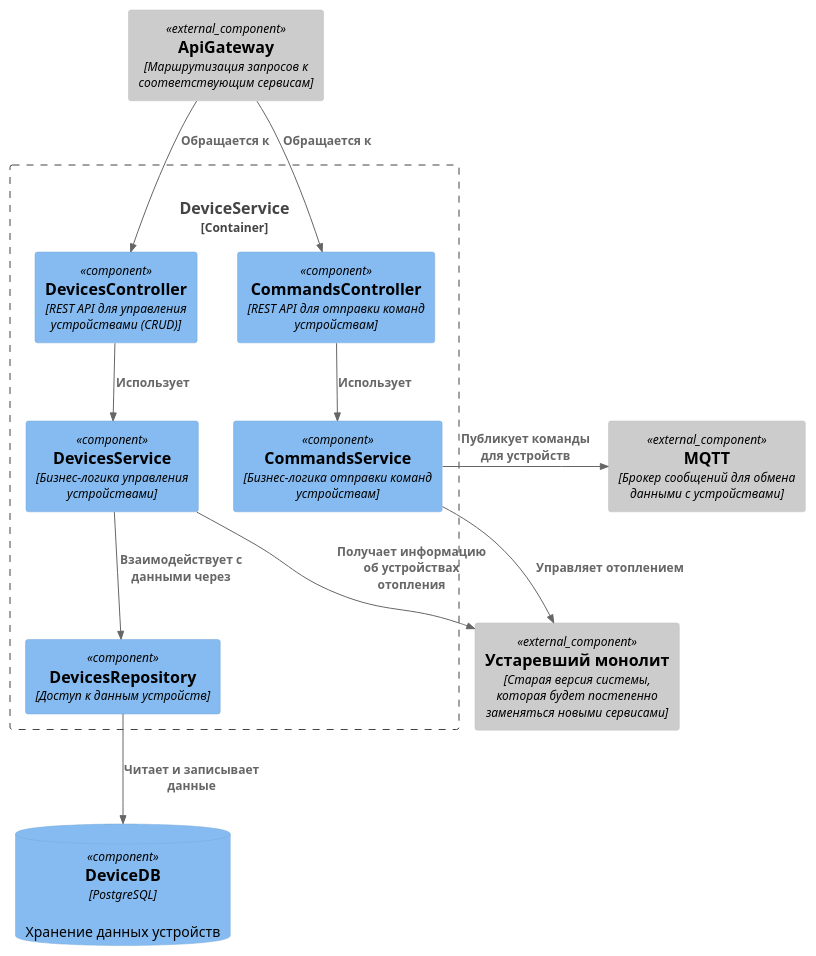
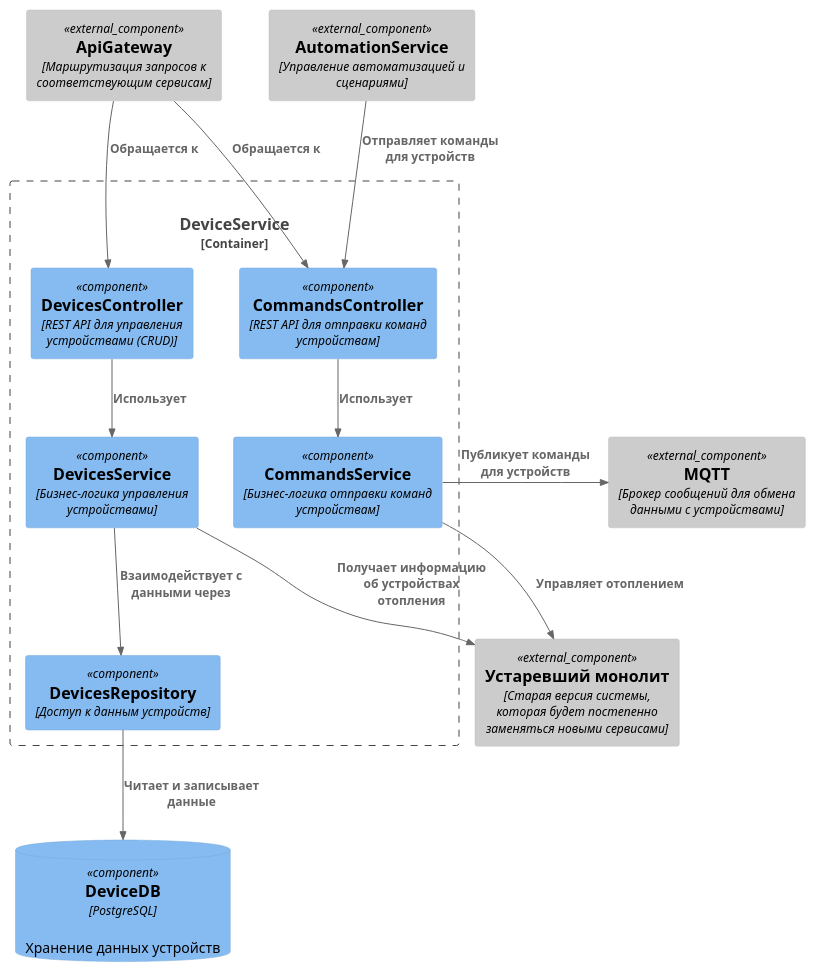
Before and after one commit to vsevolod-nikitin/yandex-practicum-architecture-pro-warmhouse: the diagram in schemas/to-be/DeviceService.puml, drawn with PlantUML. The commit also changed 4 other files, not shown here.

Commit message:
Диаграмма AutomationService

```diff
--- a/schemas/to-be/DeviceService.puml
+++ b/schemas/to-be/DeviceService.puml
@@ -1,32 +1,34 @@
 @startuml DeviceService
 !include https://raw.githubusercontent.com/plantuml-stdlib/C4-PlantUML/master/C4_Component.puml
 
 Component_Ext(gateway, "ApiGateway", "Маршрутизация запросов к соответствующим сервисам")
 Component_Ext(deprecatedMonolith, "Устаревший монолит", "Старая версия системы, которая будет постепенно заменяться новыми сервисами")
 Component_Ext(containerQueue, "MQTT", "Брокер сообщений для обмена данными с устройствами")
+Component_Ext(automationService, "AutomationService", "Управление автоматизацией и сценариями")
 ComponentDb(deviceDb, "DeviceDB", "PostgreSQL", "Хранение данных устройств")
 
 Container_Boundary(deviceService, "DeviceService", "Управление устройствами") {
     Component(devicesController, "DevicesController", "REST API для управления устройствами (CRUD)")
     Component(commandsController, "CommandsController", "REST API для отправки команд устройствам")
 
     Component(devicesService, "DevicesService", "Бизнес-логика управления устройствами")
     Component(commandsService, "CommandsService", "Бизнес-логика отправки команд устройствам")
 
     Component(devicesRepository, "DevicesRepository", "Доступ к данным устройств")
 
     Rel(devicesController, devicesService, "Использует")
     Rel(commandsController, commandsService, "Использует")
 
     Rel(devicesService, devicesRepository, "Взаимодействует с данными через")
     Rel(devicesRepository, deviceDb, "Читает и записывает данные")
 }
 
 Rel(gateway, devicesController, "Обращается к")
 Rel(gateway, commandsController, "Обращается к")
+Rel(automationService, commandsController, "Отправляет команды для устройств")
 
 Rel(devicesService, deprecatedMonolith, "Получает информацию об устройствах отопления")
 Rel(commandsService, deprecatedMonolith, "Управляет отоплением")
 Rel_Right(commandsService, containerQueue, "Публикует команды для устройств")
 
 @enduml
```
